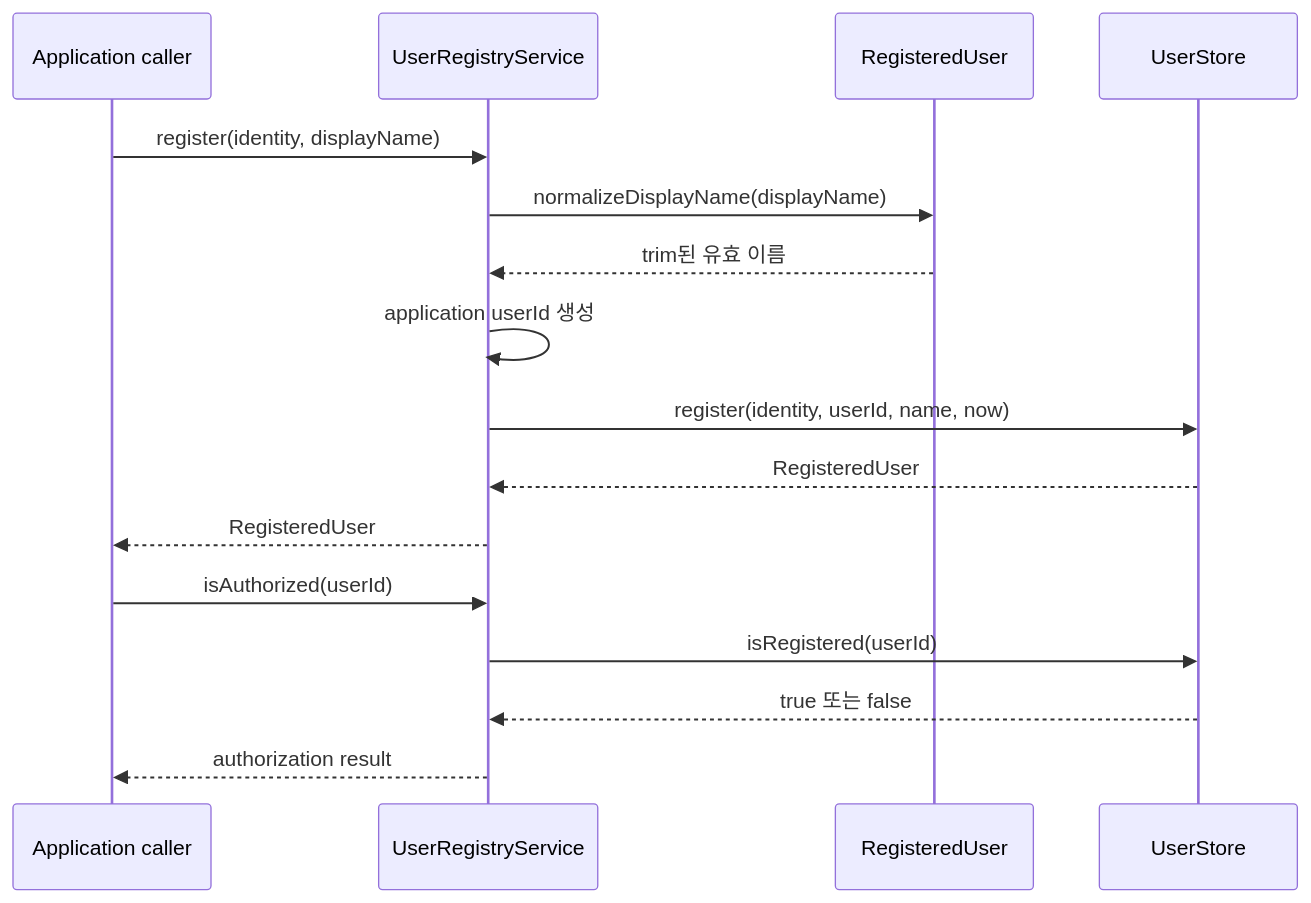
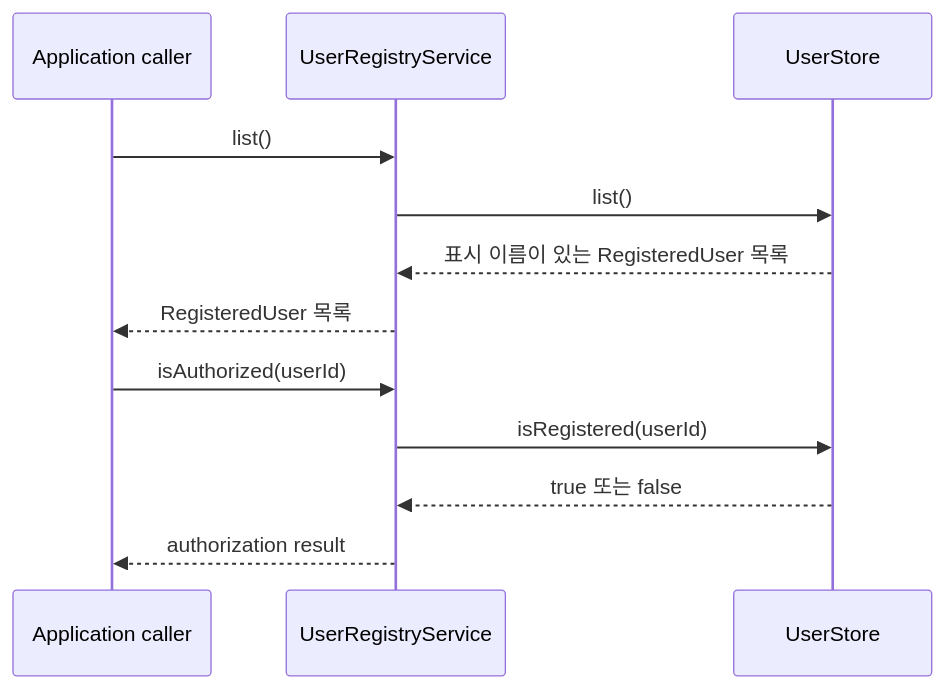
One commit to magenta1223/home_assistant changed the diagram in application/src/main/kotlin/com/homeassistant/application/usecase/identity/README.md. Above: the diagram before and after it, drawn with Mermaid. The commit also changed other lines of this file and 50 other files, not shown here.

````diff
--- a/application/src/main/kotlin/com/homeassistant/application/usecase/identity/README.md
+++ b/application/src/main/kotlin/com/homeassistant/application/usecase/identity/README.md
@@ -9,20 +8,16 @@
 ```mermaid
 sequenceDiagram
     participant Caller as Application caller
     participant Registry as UserRegistryService
-    participant User as RegisteredUser
     participant Store as UserStore
 
-    Caller->>Registry: register(identity, displayName)
-    Registry->>User: normalizeDisplayName(displayName)
-    User-->>Registry: trim된 유효 이름
-    Registry->>Registry: application userId 생성
-    Registry->>Store: register(identity, userId, name, now)
-    Store-->>Registry: RegisteredUser
-    Registry-->>Caller: RegisteredUser
+    Caller->>Registry: list()
+    Registry->>Store: list()
+    Store-->>Registry: 표시 이름이 있는 RegisteredUser 목록
+    Registry-->>Caller: RegisteredUser 목록
 
     Caller->>Registry: isAuthorized(userId)
     Registry->>Store: isRegistered(userId)
     Store-->>Registry: true 또는 false
     Registry-->>Caller: authorization result
 ```
````
